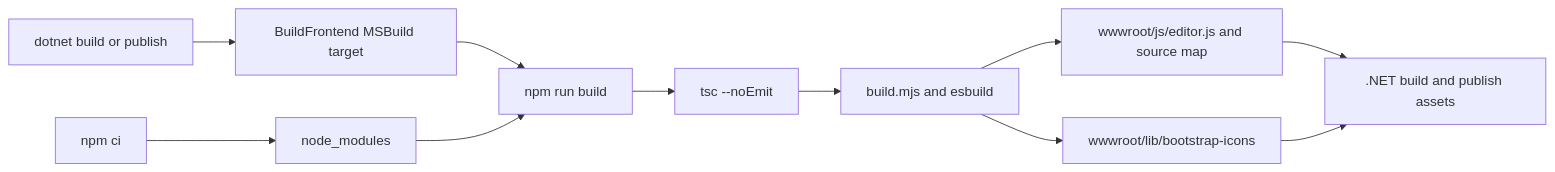
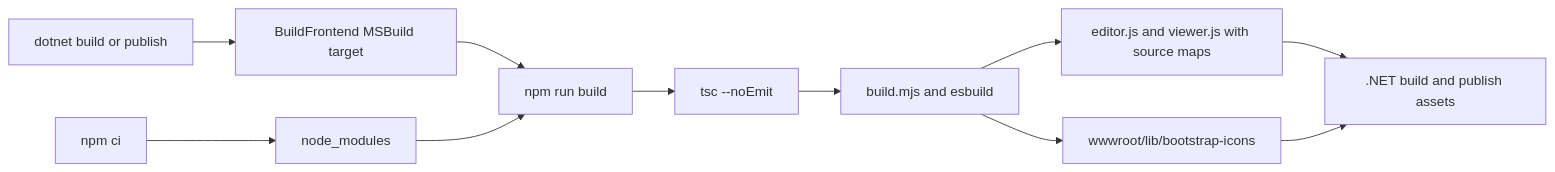
Before and after one commit to tirrellcotton/Markdown-Edtior: the tenth of 10 diagrams in Documentation/architecture.md, drawn with Mermaid. The commit also changed other lines of this file and 2 other files, not shown here.

Commit message:
Update viewer and image architecture documentation

````diff
--- a/Documentation/architecture.md
+++ b/Documentation/architecture.md
@@ -576,13 +631,13 @@
 ```mermaid
 flowchart LR
   Install[npm ci] --> Modules[node_modules]
   Dotnet[dotnet build or publish] --> Hook[BuildFrontend MSBuild target]
   Hook --> Npm[npm run build]
   Modules --> Npm
   Npm --> TSC[tsc --noEmit]
   TSC --> Build[build.mjs and esbuild]
-  Build --> Bundle[wwwroot/js/editor.js and source map]
+  Build --> Bundle[editor.js and viewer.js with source maps]
   Build --> Icons[wwwroot/lib/bootstrap-icons]
   Bundle --> Publish[.NET build and publish assets]
   Icons --> Publish
 ```
````
